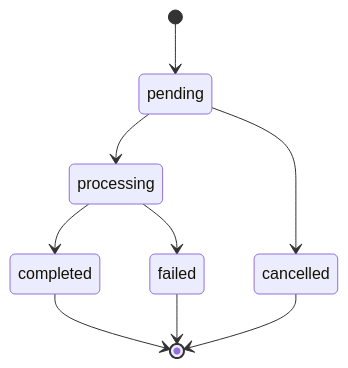
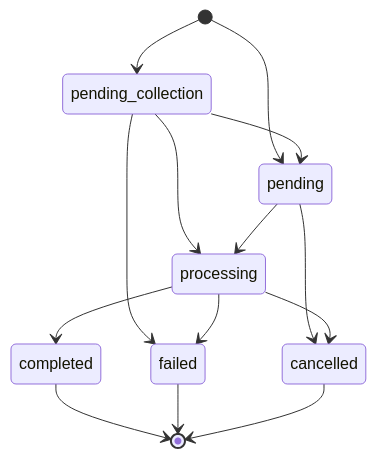
Before and after one commit to TeelOrg/docs: the diagram in guides/webhooks.mdx, drawn with Mermaid. The commit also changed other lines of this file and 61 other files, not shown here.

````diff
--- a/guides/webhooks.mdx
+++ b/guides/webhooks.mdx
@@ -370,11 +339,16 @@
 ```mermaid
 stateDiagram-v2
     [*] --> pending
+    [*] --> pending_collection
+    pending_collection --> pending
+    pending_collection --> processing
+    pending_collection --> failed
     pending --> processing
     processing --> completed
     processing --> failed
     pending --> cancelled
+    processing --> cancelled
     completed --> [*]
     failed --> [*]
     cancelled --> [*]
 ```
````
